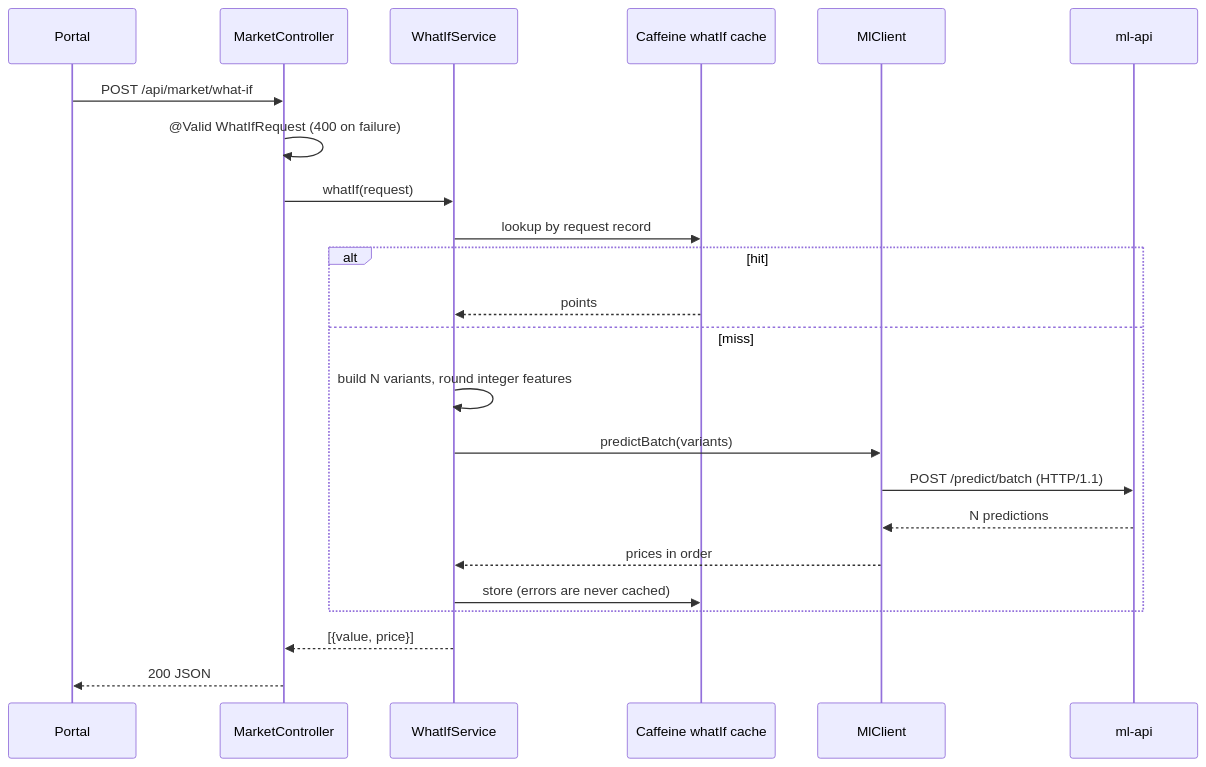
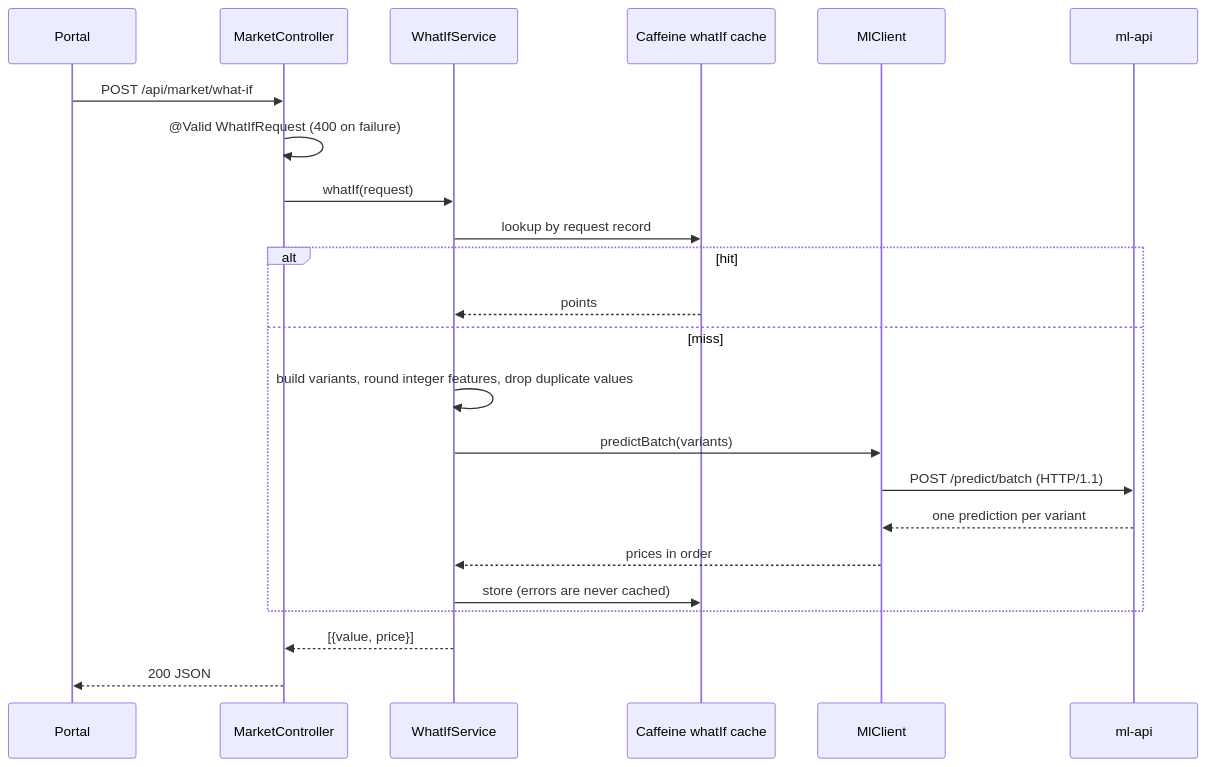
One commit to Ekhrapykin/housing-prediction-portal changed the second of 2 diagrams in market-api/ARCHITECTURE.md. Above: the diagram before and after it, drawn with Mermaid. The commit also changed other lines of this file and 8 other files, not shown here.

````diff
--- a/market-api/ARCHITECTURE.md
+++ b/market-api/ARCHITECTURE.md
@@ -30,25 +30,25 @@
 ```mermaid
 sequenceDiagram
   participant W as Portal
   participant C as MarketController
   participant S as WhatIfService
   participant K as Caffeine whatIf cache
   participant M as MlClient
   participant ML as ml-api
   W->>C: POST /api/market/what-if
   C->>C: @Valid WhatIfRequest (400 on failure)
   C->>S: whatIf(request)
   S->>K: lookup by request record
   alt hit
     K-->>S: points
   else miss
-    S->>S: build N variants, round integer features
+    S->>S: build variants, round integer features, drop duplicate values
     S->>M: predictBatch(variants)
     M->>ML: POST /predict/batch (HTTP/1.1)
-    ML-->>M: N predictions
+    ML-->>M: one prediction per variant
     M-->>S: prices in order
     S->>K: store (errors are never cached)
   end
   S-->>C: [{value, price}]
   C-->>W: 200 JSON
 ```
````
